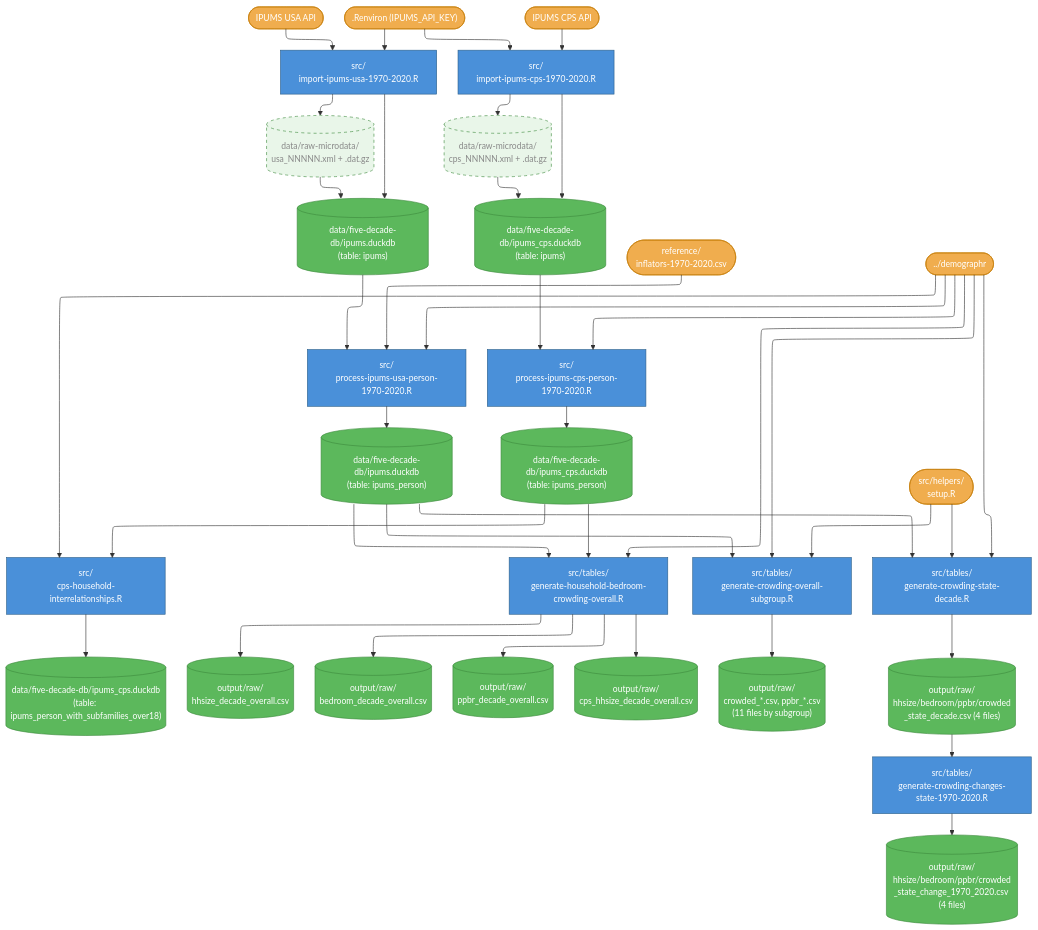
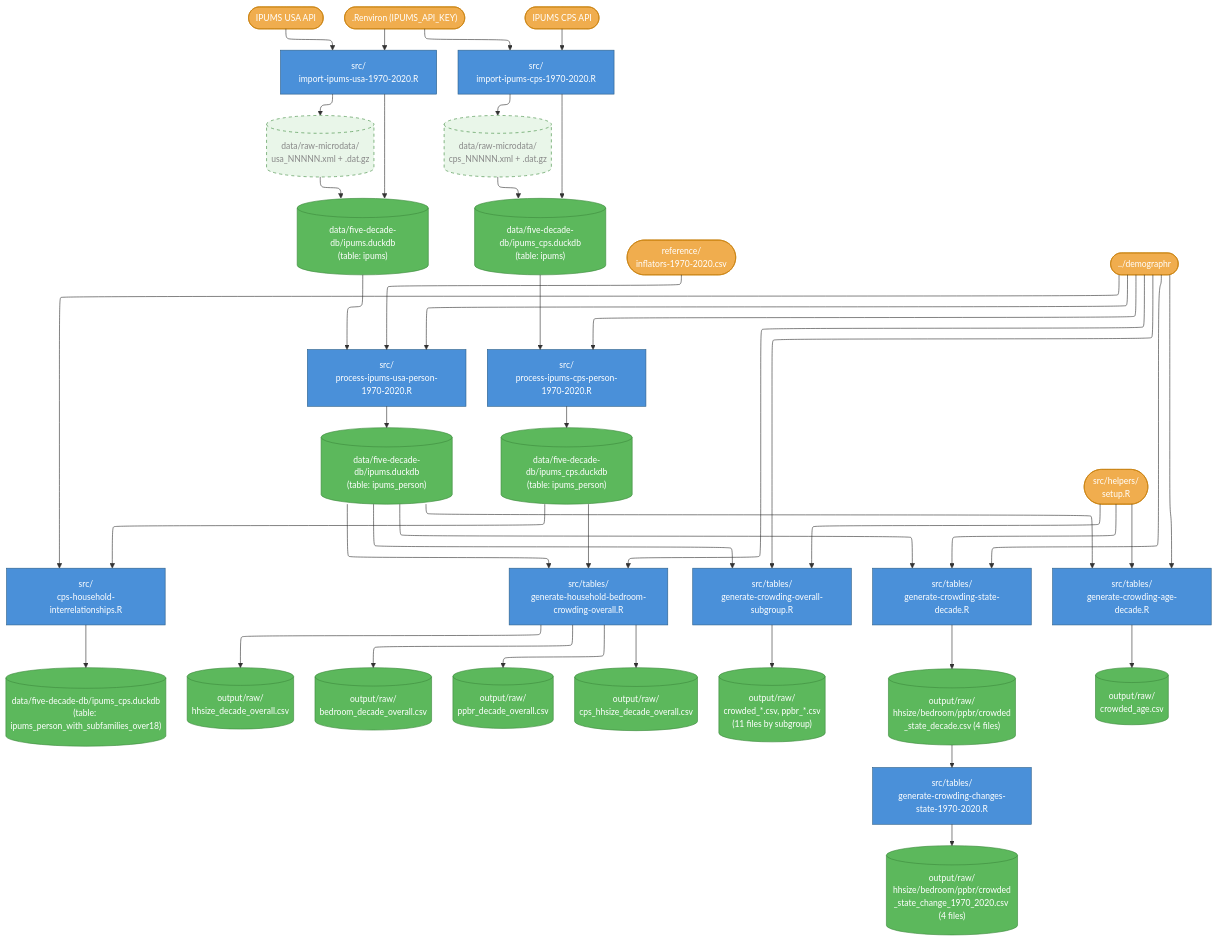
Before and after one commit to lorae/households-over-the-years: the diagram in households-over-the-years/Data flow.md, drawn with Mermaid. The commit also changed 2 other files, not shown here.

Commit message:
refactor: move generate-crowding-age-decade to src/tables/, add header and diagram entry

````diff
--- a/households-over-the-years/Data flow.md
+++ b/households-over-the-years/Data flow.md
@@ -115,4 +115,13 @@
 
     crowding_state_csvs --> gen_crowding_state_change
     gen_crowding_state_change --> crowding_state_change_csvs
+
+    %% --- Tables: crowding by age and decade ---
+    gen_crowding_age["src/tables/<br>generate-crowding-age-decade.R"]:::script
+    crowded_age_csv[("output/raw/<br>crowded_age.csv")]:::data
+
+    ipums_person_db --> gen_crowding_age
+    demographr --> gen_crowding_age
+    setup --> gen_crowding_age
+    gen_crowding_age --> crowded_age_csv
 ```
````
